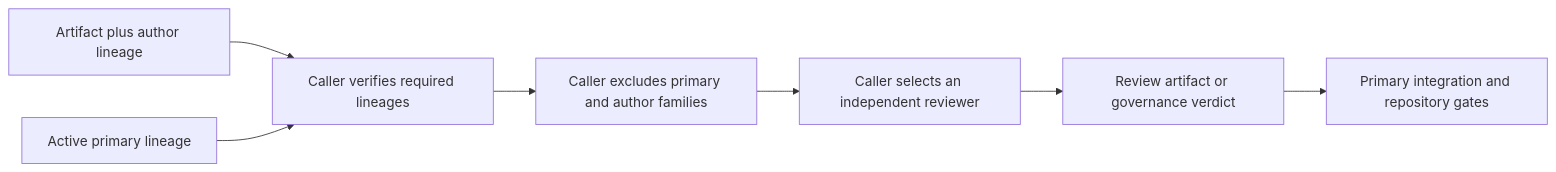
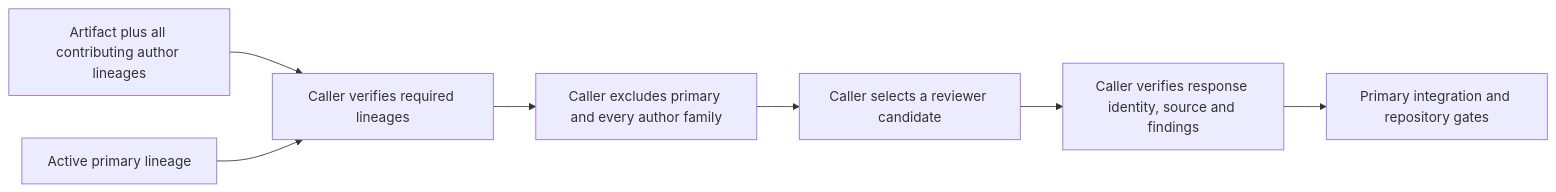
The diagram in docs/architecture/governance-and-authority.md (sumitake/agent-collab), drawn with Mermaid before and after one commit. The commit also changed other lines of this file and 195 other files, not shown here.

````diff
--- a/docs/architecture/governance-and-authority.md
+++ b/docs/architecture/governance-and-authority.md
@@ -42,9 +49,9 @@
 ```mermaid
 flowchart LR
-    Artifact["Artifact plus author lineage"] --> Eligibility["Caller verifies required lineages"]
+    Artifact["Artifact plus all contributing author lineages"] --> Eligibility["Caller verifies required lineages"]
     Primary["Active primary lineage"] --> Eligibility
-    Eligibility --> Exclude["Caller excludes primary and author families"]
-    Exclude --> Reviewer["Caller selects an independent reviewer"]
-    Reviewer --> Evidence["Review artifact or governance verdict"]
+    Eligibility --> Exclude["Caller excludes primary and every author family"]
+    Exclude --> Reviewer["Caller selects a reviewer candidate"]
+    Reviewer --> Evidence["Caller verifies response identity, source and findings"]
     Evidence --> PrimaryGate["Primary integration and repository gates"]
 ```
````
